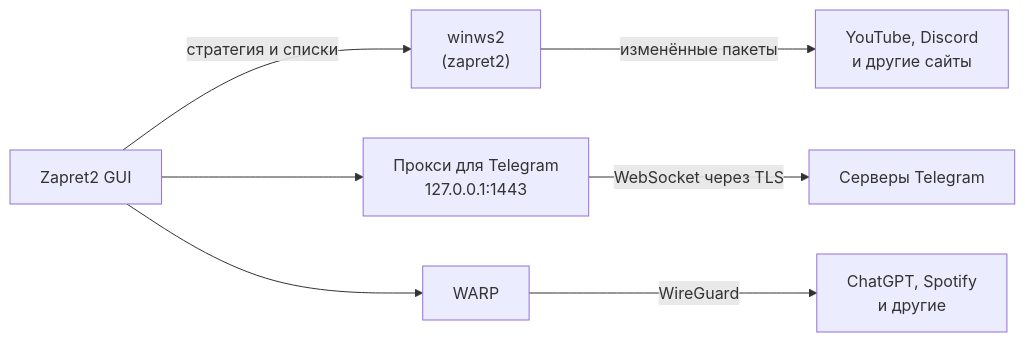
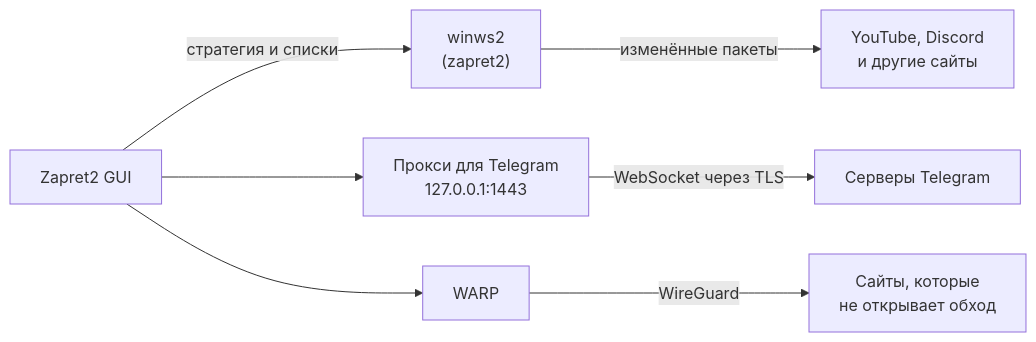
The diagram in README.md (raiyaxkrash/zapret2-rust), drawn with Mermaid before and after one commit. The commit also changed other lines of this file and 29 other files, not shown here.

````diff
--- a/README.md
+++ b/README.md
@@ -171,9 +171,9 @@
 ```mermaid
 flowchart LR
     A["Zapret2 GUI"] -->|стратегия и списки| B["winws2<br/>(zapret2)"]
     B -->|изменённые пакеты| C["YouTube, Discord<br/>и другие сайты"]
     A --> D["Прокси для Telegram<br/>127.0.0.1:1443"]
     D -->|WebSocket через TLS| E["Серверы Telegram"]
     A --> F["WARP"]
-    F -->|WireGuard| G["ChatGPT, Spotify<br/>и другие"]
+    F -->|WireGuard| G["Сайты, которые<br/>не открывает обход"]
 ```
````
